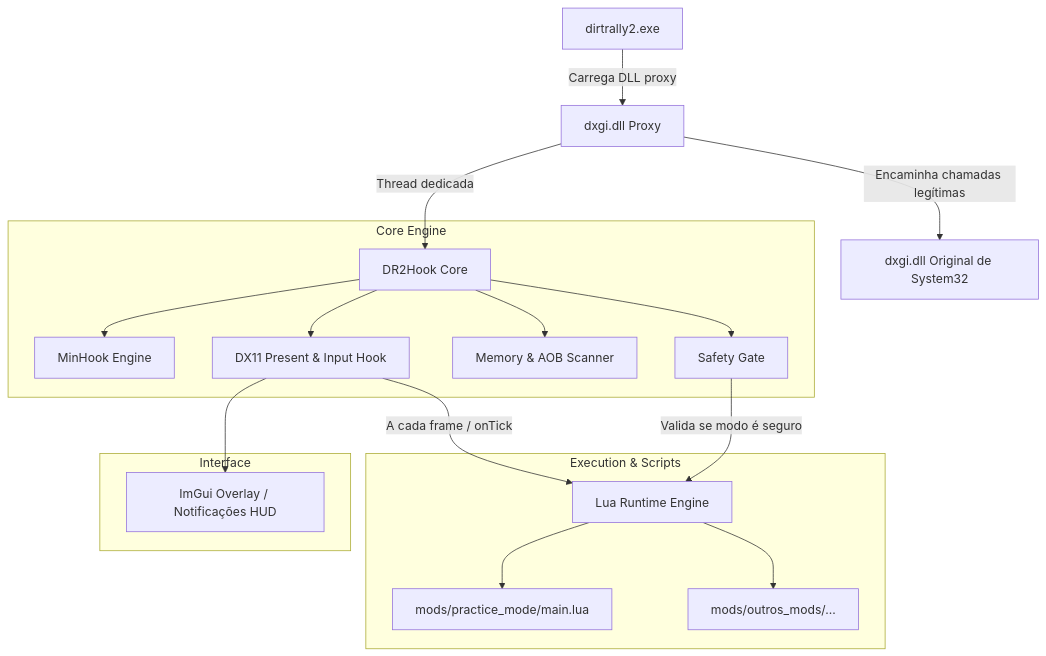
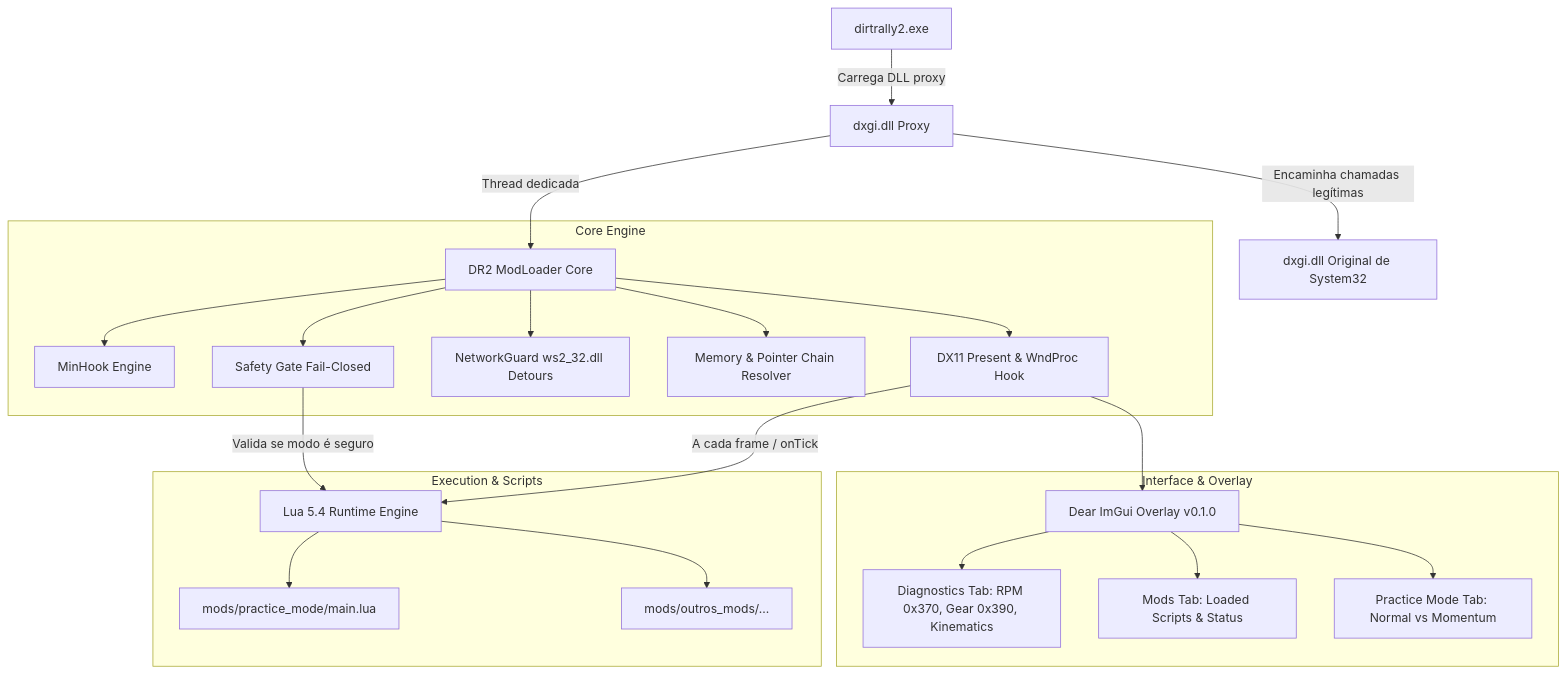
Before and after one commit to dsnsilvf/DR2Hook: the diagram in SSOT.md, drawn with Mermaid. The commit also changed other lines of this file and 5 other files, not shown here.

Commit message:
docs: atualizar documentacao para DR2 ModLoader v0.1.0, telemetria real e offline air-gap

````diff
--- a/SSOT.md
+++ b/SSOT.md
@@ -29,24 +32,28 @@
 ```mermaid
 graph TD
     A[dirtrally2.exe] -->|Carrega DLL proxy| B[dxgi.dll Proxy]
-    B -->|Thread dedicada| C[DR2Hook Core]
+    B -->|Thread dedicada| C[DR2 ModLoader Core]
     B -->|Encaminha chamadas legítimas| SYS[dxgi.dll Original de System32]
     
     subgraph Core Engine
         C --> D[MinHook Engine]
-        C --> E[Safety Gate]
-        C --> F[Memory & AOB Scanner]
-        C --> G[DX11 Present & Input Hook]
+        C --> E[Safety Gate Fail-Closed]
+        C --> NET[NetworkGuard ws2_32.dll Detours]
+        C --> F[Memory & Pointer Chain Resolver]
+        C --> G[DX11 Present & WndProc Hook]
+    end
+    
+    subgraph Interface & Overlay
+        G --> UI[Dear ImGui Overlay v0.1.0]
+        UI --> TAB1[Diagnostics Tab: RPM 0x370, Gear 0x390, Kinematics]
+        UI --> TAB2[Mods Tab: Loaded Scripts & Status]
+        UI --> TAB3[Practice Mode Tab: Normal vs Momentum]
     end
     
     subgraph Execution & Scripts
-        G -->|A cada frame / onTick| H[Lua Runtime Engine]
+        G -->|A cada frame / onTick| H[Lua 5.4 Runtime Engine]
         E -->|Valida se modo é seguro| H
         H --> I[mods/practice_mode/main.lua]
         H --> J[mods/outros_mods/...]
     end
-    
-    subgraph Interface
-        G --> K[ImGui Overlay / Notificações HUD]
-    end
 ```
````
